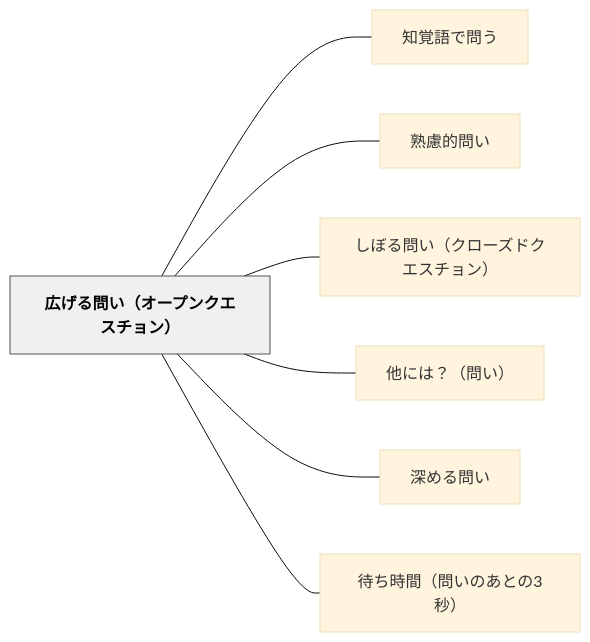
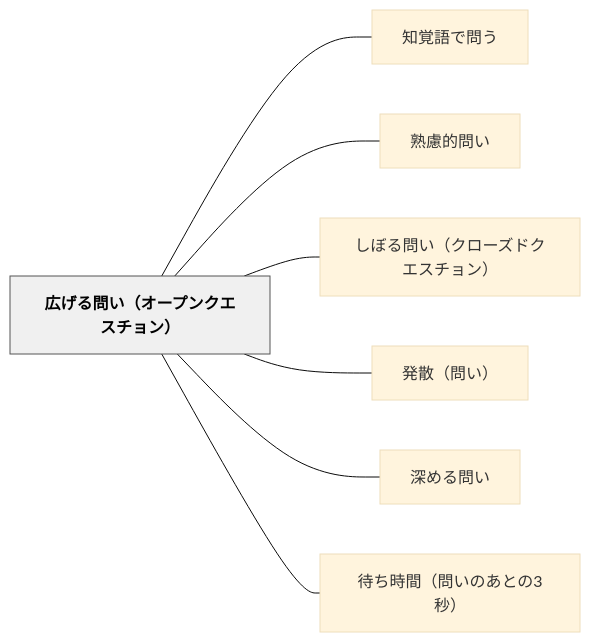
One commit to unknownthings-ed-patterns/unknownthings-ed-patterns changed the diagram in content/パタン/広げる問い（オープンクエスチョン）.md. Above: the diagram before and after it, drawn with Mermaid (base theme). The commit also changed other lines of this file and 37 other files, not shown here.

````diff
--- a/content/パタン/広げる問い（オープンクエスチョン）.md
+++ b/content/パタン/広げる問い（オープンクエスチョン）.md
@@ -43,20 +43,20 @@
 ```mermaid
 flowchart LR
     ne5ba83e38192e3828be5958fe38184efbc88e382aae383bce38397e383b3e382afe382a8e382b9e38381e383a7e383b3efbc89["広げる問い（オープンクエスチョン）"]
     ne79fa5e8a69ae8aa9ee381a7e5958fe38186["知覚語で問う"]
     ne7869fe685aee79a84e5958fe38184["熟慮的問い"]
     ne38197e381bce3828be5958fe38184efbc88e382afe383ade383bce382bae38389e382afe382a8e382b9e38381e383a7e383b3efbc89["しぼる問い（クローズドクエスチョン）"]
-    ne4bb96e381abe381afefbc9fefbc88e5958fe38184efbc89["他には？（問い）"]
+    ne799bae695a3efbc88e5958fe38184efbc89["発散（問い）"]
     ne6b7b1e38281e3828be5958fe38184["深める問い"]
     ne5be85e381a1e69982e99693efbc88e5958fe38184e381aee38182e381a8e381ae33e7a792efbc89["待ち時間（問いのあとの3秒）"]
 
     ne5ba83e38192e3828be5958fe38184efbc88e382aae383bce38397e383b3e382afe382a8e382b9e38381e383a7e383b3efbc89 --- ne79fa5e8a69ae8aa9ee381a7e5958fe38186
     ne5ba83e38192e3828be5958fe38184efbc88e382aae383bce38397e383b3e382afe382a8e382b9e38381e383a7e383b3efbc89 --- ne7869fe685aee79a84e5958fe38184
     ne5ba83e38192e3828be5958fe38184efbc88e382aae383bce38397e383b3e382afe382a8e382b9e38381e383a7e383b3efbc89 --- ne38197e381bce3828be5958fe38184efbc88e382afe383ade383bce382bae38389e382afe382a8e382b9e38381e383a7e383b3efbc89
-    ne5ba83e38192e3828be5958fe38184efbc88e382aae383bce38397e383b3e382afe382a8e382b9e38381e383a7e383b3efbc89 --- ne4bb96e381abe381afefbc9fefbc88e5958fe38184efbc89
+    ne5ba83e38192e3828be5958fe38184efbc88e382aae383bce38397e383b3e382afe382a8e382b9e38381e383a7e383b3efbc89 --- ne799bae695a3efbc88e5958fe38184efbc89
     ne5ba83e38192e3828be5958fe38184efbc88e382aae383bce38397e383b3e382afe382a8e382b9e38381e383a7e383b3efbc89 --- ne6b7b1e38281e3828be5958fe38184
     ne5ba83e38192e3828be5958fe38184efbc88e382aae383bce38397e383b3e382afe382a8e382b9e38381e383a7e383b3efbc89 --- ne5be85e381a1e69982e99693efbc88e5958fe38184e381aee38182e381a8e381ae33e7a792efbc89
 
     classDef hub fill:#f0f0f0,stroke:#555,color:#000,font-weight:bold
     class ne5ba83e38192e3828be5958fe38184efbc88e382aae383bce38397e383b3e382afe382a8e382b9e38381e383a7e383b3efbc89 hub
 ```
````
